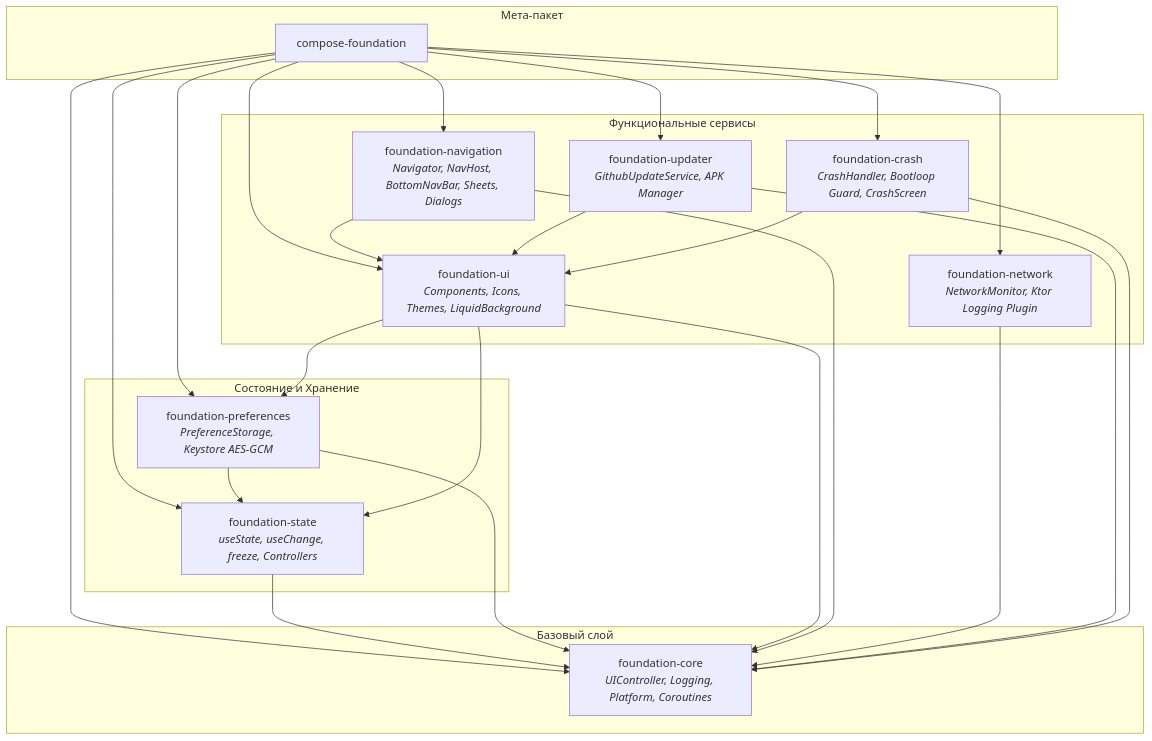
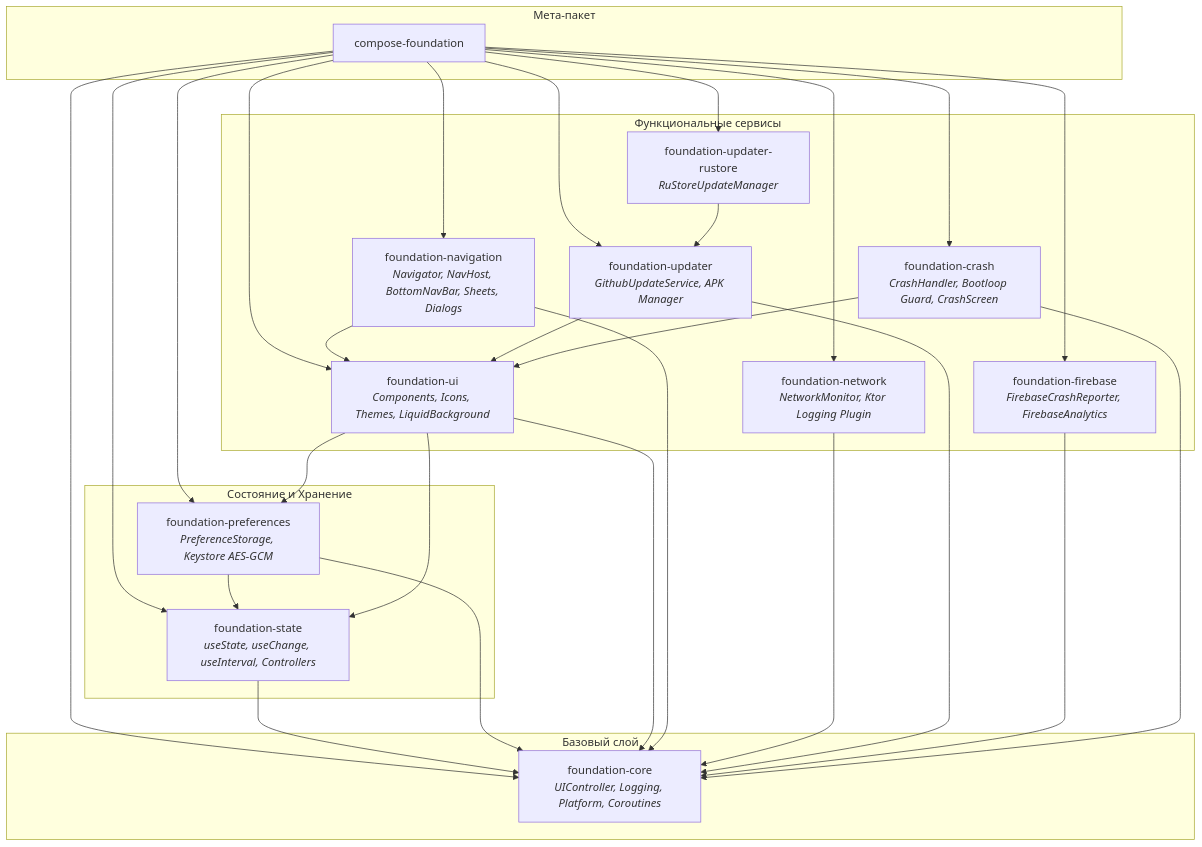
One commit to whatrushki/compose-foundation changed the diagram in README.md. Above: the diagram before and after it, drawn with Mermaid. The commit also changed other lines of this file and 66 other files, not shown here.

Commit message:
refactor: optimize foundation architecture, thread-safety, state handling and modularity

````diff
--- a/README.md
+++ b/README.md
@@ -56,46 +56,52 @@
 ```mermaid
 graph TD
     subgraph Meta["Мета-пакет"]
         ALL["compose-foundation"]
     end
 
     subgraph CoreLayer["Базовый слой"]
         CORE["foundation-core<br/><i>UIController, Logging, Platform, Coroutines</i>"]
     end
 
     subgraph StateLayer["Состояние и Хранение"]
-        STATE["foundation-state<br/><i>useState, useChange, freeze, Controllers</i>"]
+        STATE["foundation-state<br/><i>useState, useChange, useInterval, Controllers</i>"]
         PREF["foundation-preferences<br/><i>PreferenceStorage, Keystore AES-GCM</i>"]
     end
 
     subgraph FeatureLayer["Функциональные сервисы"]
         UI["foundation-ui<br/><i>Components, Icons, Themes, LiquidBackground</i>"]
         NAV["foundation-navigation<br/><i>Navigator, NavHost, BottomNavBar, Sheets, Dialogs</i>"]
         NET["foundation-network<br/><i>NetworkMonitor, Ktor Logging Plugin</i>"]
         UPDATER["foundation-updater<br/><i>GithubUpdateService, APK Manager</i>"]
+        RUSTORE["foundation-updater-rustore<br/><i>RuStoreUpdateManager</i>"]
+        FIREBASE["foundation-firebase<br/><i>FirebaseCrashReporter, FirebaseAnalytics</i>"]
         CRASH["foundation-crash<br/><i>CrashHandler, Bootloop Guard, CrashScreen</i>"]
     end
 
     ALL --> CORE
     ALL --> STATE
     ALL --> PREF
     ALL --> UI
     ALL --> NAV
     ALL --> NET
     ALL --> UPDATER
+    ALL --> RUSTORE
+    ALL --> FIREBASE
     ALL --> CRASH
 
     STATE --> CORE
     PREF --> CORE
     PREF --> STATE
     UI --> CORE
     UI --> STATE
     UI --> PREF
     NAV --> CORE
     NAV --> UI
     NET --> CORE
     UPDATER --> CORE
     UPDATER --> UI
+    RUSTORE --> UPDATER
+    FIREBASE --> CORE
     CRASH --> CORE
     CRASH --> UI
 ```
````
